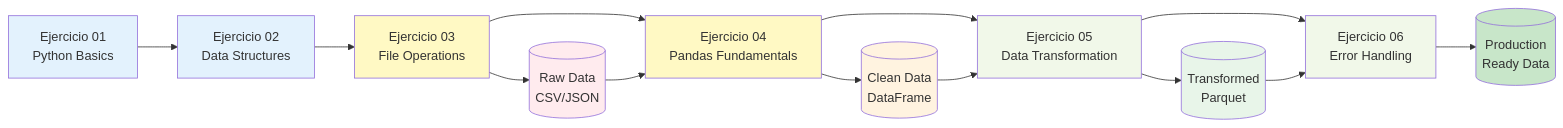
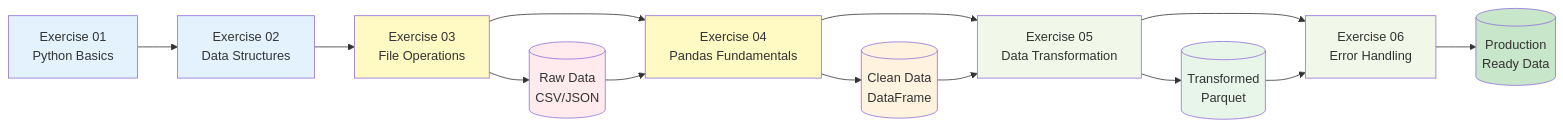
Before and after one commit to nanlabs/nan-data-engineering-labs: the second of 8 diagrams in modules/module-04-python-for-data/assets/diagrams/data-flow.md, drawn with Mermaid. The commit also changed other lines of this file and 23 other files, not shown here.

````diff
--- a/modules/module-04-python-for-data/assets/diagrams/data-flow.md
+++ b/modules/module-04-python-for-data/assets/diagrams/data-flow.md
@@ -36,27 +36,27 @@
 ```mermaid
 flowchart LR
-    A[Ejercicio 01<br/>Python Basics] --> B[Ejercicio 02<br/>Data Structures]
-    B --> C[Ejercicio 03<br/>File Operations]
-    C --> D[Ejercicio 04<br/>Pandas Fundamentals]
-    D --> E[Ejercicio 05<br/>Data Transformation]
-    E --> F[Ejercicio 06<br/>Error Handling]
+    A[Exercise 01<br/>Python Basics] --> B[Exercise 02<br/>Data Structures]
+    B --> C[Exercise 03<br/>File Operations]
+    C --> D[Exercise 04<br/>Pandas Fundamentals]
+    D --> E[Exercise 05<br/>Data Transformation]
+    E --> F[Exercise 06<br/>Error Handling]
     
     C --> G[(Raw Data<br/>CSV/JSON)]
     G --> D
     D --> H[(Clean Data<br/>DataFrame)]
     H --> E
     E --> I[(Transformed<br/>Parquet)]
     I --> F
     F --> J[(Production<br/>Ready Data)]
     
     style A fill:#e3f2fd
     style B fill:#e3f2fd
     style C fill:#fff9c4
     style D fill:#fff9c4
     style E fill:#f1f8e9
     style F fill:#f1f8e9
     style G fill:#ffebee
     style H fill:#fff3e0
     style I fill:#e8f5e9
     style J fill:#c8e6c9
 ```
````
